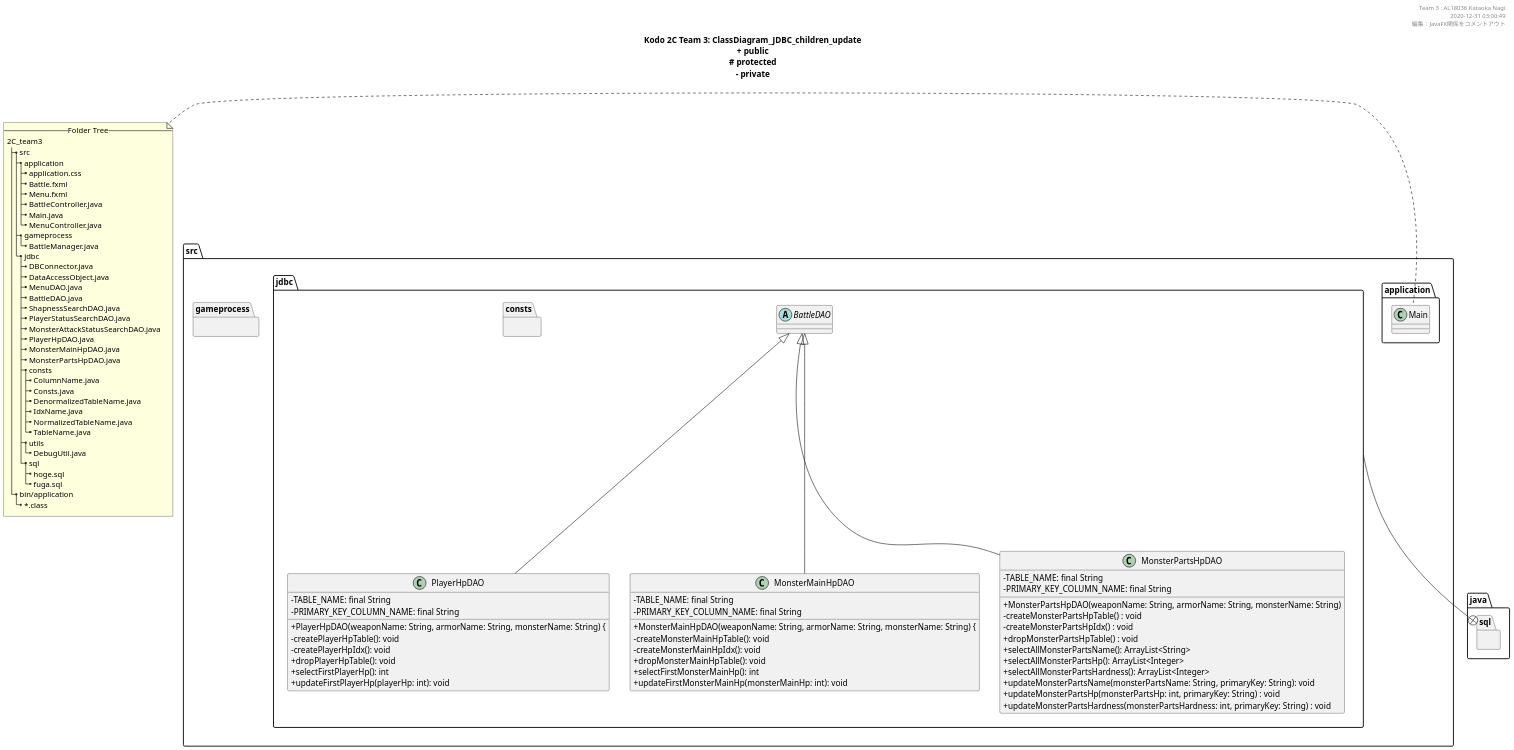
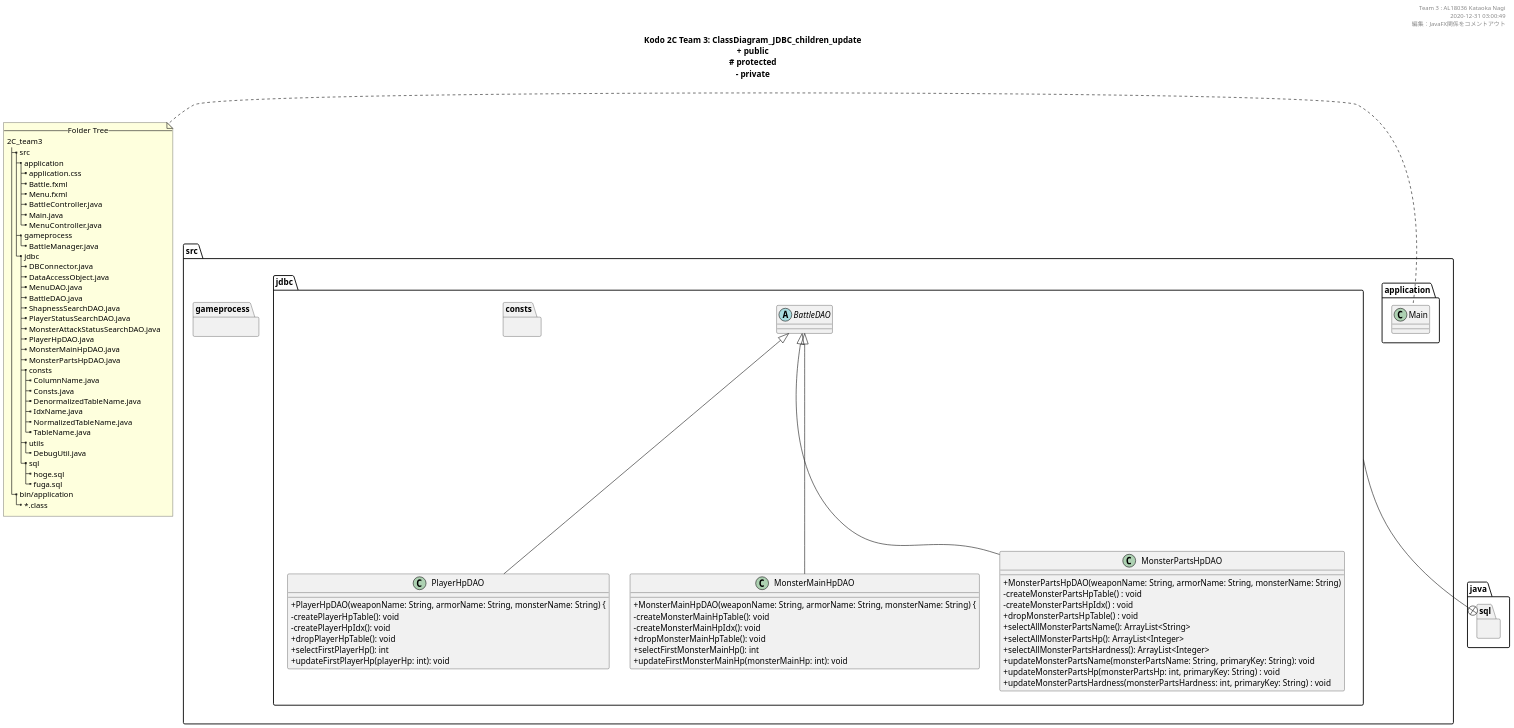
The diagram in uml/ClassDiagram_JDBC_children_update.pu (KataokaNagi/2C_team3), drawn with PlantUML before and after one commit. The commit also changed 12 other files, not shown here.

```diff
--- a/uml/ClassDiagram_JDBC_children_update.pu
+++ b/uml/ClassDiagram_JDBC_children_update.pu
@@ -14,179 +14,179 @@
 @startuml ./out/ClassDiagram_JDBC_children_update.png
 scale 1.5
 skinparam DefaultFontName メイリオ
 ' 可視性の変更
 skinparam classAttributeIconSize 0
 
 ''''''''''''''''''''''''''''''''''''''''''''''''''
 
 header 
 Team 3 : AL18036 Kataoka Nagi
 2020-12-31 03:00:49
 編集：JavaFX関係をコメントアウト
 end header
 
 ''''''''''''''''''''''''''''''''''''''''''''''''''
 
 title
 **Kodo 2C Team 3: ClassDiagram_JDBC_children_update**
 + public
 ~# protected
 ~- private
 end title
 ' __static__
 
 ''''''''''''''''''''''''''''''''''''''''''''''''''''''''''''''''''''''''''''''''
 
 package src {
   package src.application {
     class Main
   }
   package src.gameprocess {
   }
   package src.jdbc {
   }
 }
 
 ''''''''''''''''''''''''''''''''''''''''''''''''''''''''''''''''''''''''''''''''
 
 note left
   --Folder Tree--
   2C_team3
   |_ src
     |_ application
       |_ application.css
       |_ Battle.fxml
       |_ Menu.fxml
       |_ BattleController.java
       |_ Main.java
       |_ MenuController.java
     |_ gameprocess
       |_ BattleManager.java
     |_ jdbc
       |_ DBConnector.java
       |_ DataAccessObject.java
       |_ MenuDAO.java
       |_ BattleDAO.java
       |_ ShapnessSearchDAO.java
       |_ PlayerStatusSearchDAO.java
       |_ MonsterAttackStatusSearchDAO.java
       |_ PlayerHpDAO.java
       |_ MonsterMainHpDAO.java
       |_ MonsterPartsHpDAO.java
       |_ consts
         |_ ColumnName.java
         |_ Consts.java
         |_ DenormalizedTableName.java
         |_ IdxName.java
         |_ NormalizedTableName.java
         |_ TableName.java
       |_ utils
         |_ DebugUtil.java
       |_ sql
         |_ hoge.sql
         |_ fuga.sql
   |_ bin/application
     |_ ~*.class
 end note
 
 ''''''''''''''''''''''''''''''''''''''''''''''''''''''''''''''''''''''''''''''''
 
 package java.sql {
 }
 
 ' package javafx {
 '   class Application
 '   Interface Initializable
 ' }
 
 package src.jdbc {
   package src.jdbc.consts {
   }
 }
 
 src.jdbc --+ java.sql
 ' src.application --+ javafx
 
 ''''''''''''''''''''''''''''''''''''''''''''''''''
 
 ' @note クラスの命名規則
 ' @see  https://qiita.com/KeithYokoma/items/ee21fec6a3ebb5d1e9a8
 
 package src.application {
 }
 
 ' 記事のクラス
   ' class ApplicationController extends Initializable {
   '   - dropDown: ChoiceBox<String>
   '   - textBox: TextField
   '   - button: Button
 
   '   + initialize(location: URL, resources: ResourceBundle): void
   '   + onClick(event: ActionEvent): void
   '   + getToolType(): ChoiceBox<String>
   '   + setToolType(toolType: ChoiceBox<String>): void
   '   + getInputFile(): TextField
   '   + setInputFile(textBox: TextField): void
   '   + getReference(): Button
   '   + setReference(button: Button): void
   ' }
 
 
 ''''''''''''''''''''''''''''''''''''''''''''''''''
 
 package src.gameprocess {
 }
 
 ''''''''''''''''''''''''''''''''''''''''''''''''''
 
 package src.jdbc {
   ' @note DAO pattern
   ' @see https://kanda-it-school-kensyu.com/java-jdbc-contents/jj_ch04/jj_0401/
 
   abstract class BattleDAO {
   }
 
   class PlayerHpDAO extends BattleDAO {
-    - TABLE_NAME: final String
-    - PRIMARY_KEY_COLUMN_NAME: final String
+    ' - TABLE_NAME: final String
+    ' - PRIMARY_KEY_COLUMN_NAME: final String
 
     + PlayerHpDAO(weaponName: String, armorName: String, monsterName: String) {
     - createPlayerHpTable(): void
     - createPlayerHpIdx(): void
     + dropPlayerHpTable(): void
     + selectFirstPlayerHp(): int
     + updateFirstPlayerHp(playerHp: int): void
   }
 
   class MonsterMainHpDAO extends BattleDAO {
-    - TABLE_NAME: final String
-    - PRIMARY_KEY_COLUMN_NAME: final String
+    ' - TABLE_NAME: final String
+    ' - PRIMARY_KEY_COLUMN_NAME: final String
 
     + MonsterMainHpDAO(weaponName: String, armorName: String, monsterName: String) {
     - createMonsterMainHpTable(): void
     - createMonsterMainHpIdx(): void
     + dropMonsterMainHpTable(): void
     + selectFirstMonsterMainHp(): int
     + updateFirstMonsterMainHp(monsterMainHp: int): void
   }
 
   class MonsterPartsHpDAO extends BattleDAO {
-    - TABLE_NAME: final String
-    - PRIMARY_KEY_COLUMN_NAME: final String
+    ' - TABLE_NAME: final String
+    ' - PRIMARY_KEY_COLUMN_NAME: final String
 
     + MonsterPartsHpDAO(weaponName: String, armorName: String, monsterName: String)
     - createMonsterPartsHpTable() : void
     - createMonsterPartsHpIdx() : void
     + dropMonsterPartsHpTable() : void
     + selectAllMonsterPartsName(): ArrayList<String>
     + selectAllMonsterPartsHp(): ArrayList<Integer>
     + selectAllMonsterPartsHardness(): ArrayList<Integer>
     + updateMonsterPartsName(monsterPartsName: String, primaryKey: String): void
     + updateMonsterPartsHp(monsterPartsHp: int, primaryKey: String) : void
     + updateMonsterPartsHardness(monsterPartsHardness: int, primaryKey: String) : void
   }
 }
 
 ''''''''''''''''''''''''''''''''''''''''''''''''''''''''''''''''''''''''''''''''
 
 @enduml
```
